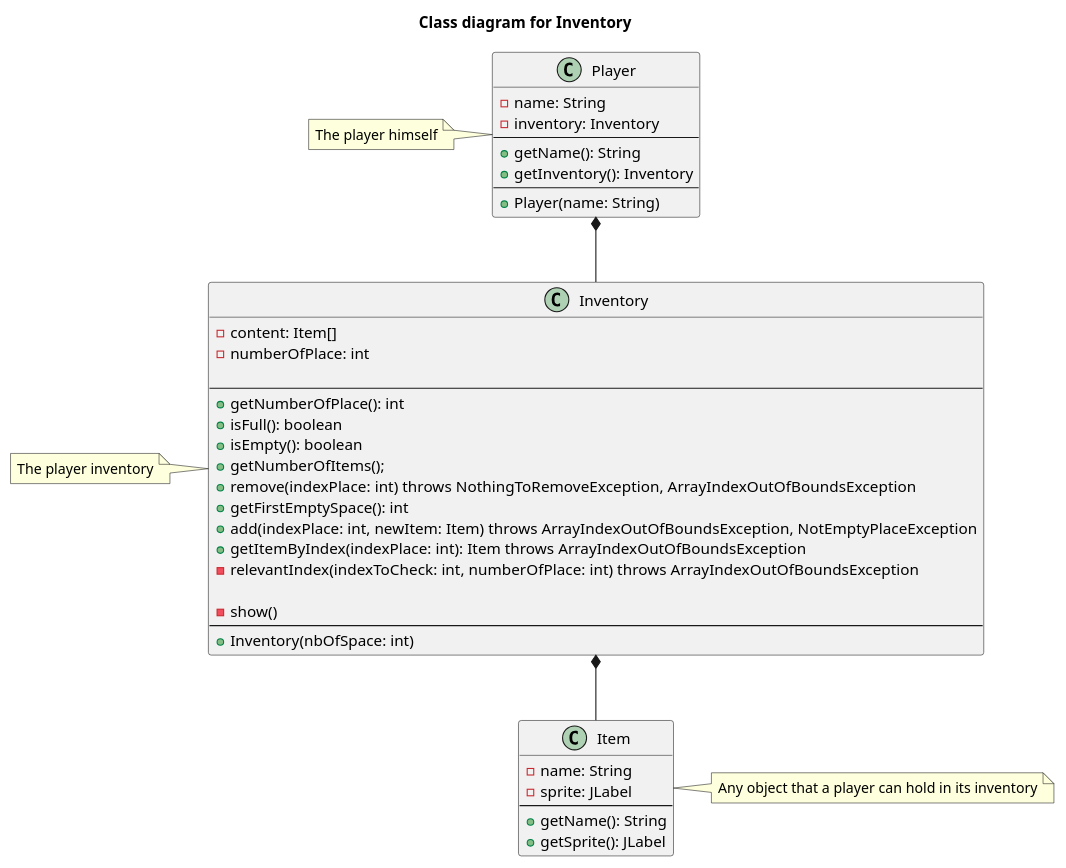
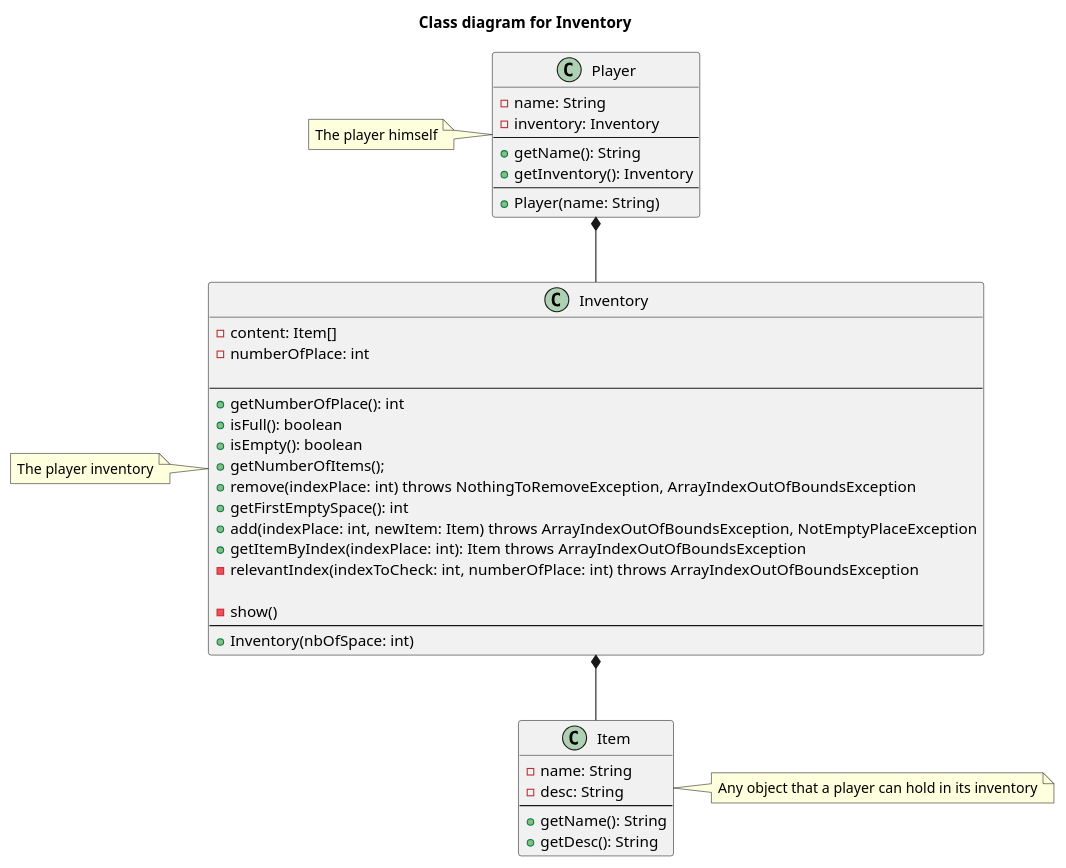
One commit to Yanis-Kouidri/pixel-adventurer changed the diagram in uml/Inventory.puml. Above: the diagram before and after it, drawn with PlantUML. The commit also changed 12 other files, not shown here.

```diff
--- a/uml/Inventory.puml
+++ b/uml/Inventory.puml
@@ -1,54 +1,54 @@
 @startuml
 'https://plantuml.com/class-diagram
 
 title "Class diagram for Inventory"
 
 class Player {
 - name: String
 - inventory: Inventory
 ----
 + getName(): String
 + getInventory(): Inventory
 ----
 + Player(name: String)
 }
 note left : The player himself
 
 class Inventory {
 - content: Item[]
 - numberOfPlace: int
 
 ----
 + getNumberOfPlace(): int
 + isFull(): boolean
 + isEmpty(): boolean
 + getNumberOfItems();
 + remove(indexPlace: int) throws NothingToRemoveException, ArrayIndexOutOfBoundsException
 + getFirstEmptySpace(): int
 ' Get the index of the first free space of inventory
 + add(indexPlace: int, newItem: Item) throws ArrayIndexOutOfBoundsException, NotEmptyPlaceException
 + getItemByIndex(indexPlace: int): Item throws ArrayIndexOutOfBoundsException
 - relevantIndex(indexToCheck: int, numberOfPlace: int) throws ArrayIndexOutOfBoundsException
 
 - show()
 'Print the inventory on the console to debug
 ----
 + Inventory(nbOfSpace: int)
 }
 note left : The player inventory
 
 class Item {
 - name: String
-- sprite: JLabel
+- desc: String
 ----
 + getName(): String
-+ getSprite(): JLabel
++ getDesc(): String
 }
 note right : Any object that a player can hold in its inventory
 
 
 Inventory *-- Item
 Player *-- Inventory
 
 
 @enduml
```
